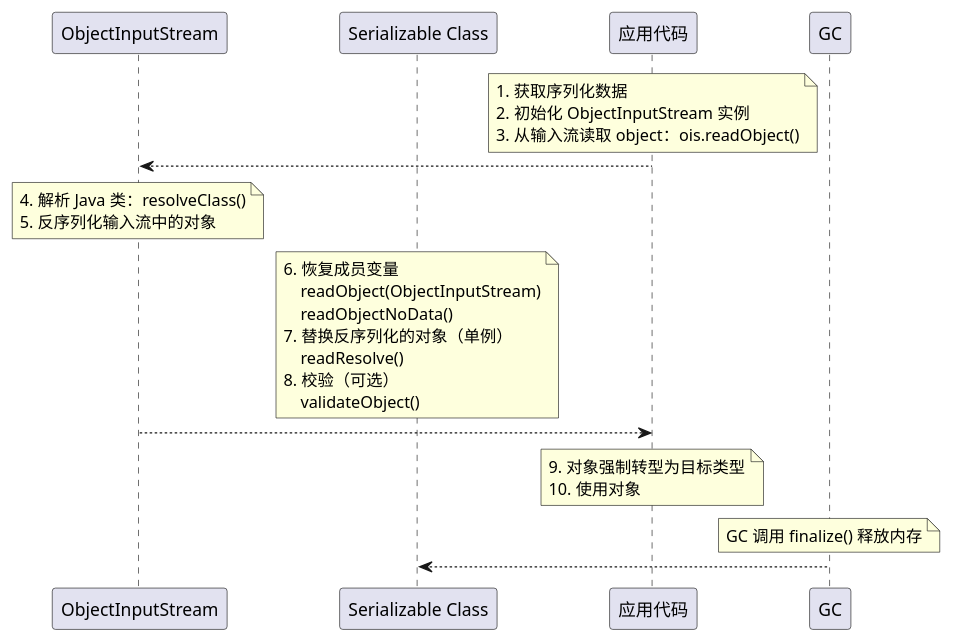
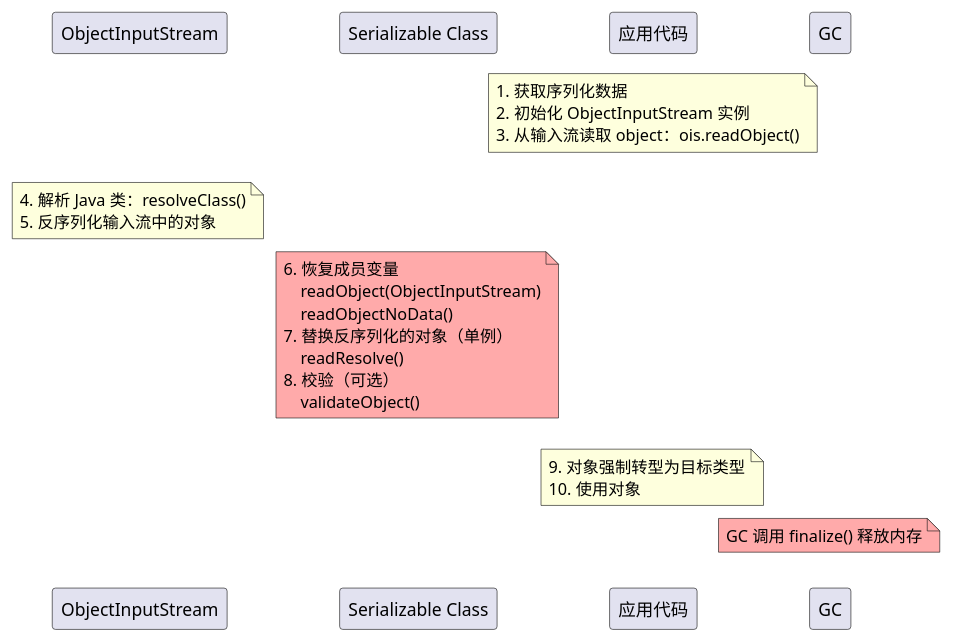
Before and after one commit to zrquan/slides: the diagram in gadgetinspector-intro/index.org, drawn with PlantUML. The commit also changed other lines of this file and 3 other files, not shown here.

```diff
--- a/gadgetinspector-intro/index.org
+++ b/gadgetinspector-intro/index.org
@@ -21,45 +21,49 @@
 #+begin_src plantuml :file img/deserial.svg
 skinparam ParticipantPadding 40
 skinparam backgroundcolor transparent
+skinparam sequence {
+    ArrowColor white
+    LifeLineBorderColor white
+}
 
 participant ObjectInputStream
 participant "Serializable Class"
 participant 应用代码
 participant GC
 
 note over 应用代码
     1. 获取序列化数据
     2. 初始化 ObjectInputStream 实例
     3. 从输入流读取 object：ois.readObject()
 end note
 
 应用代码 --> ObjectInputStream
 
 note over ObjectInputStream
     4. 解析 Java 类：resolveClass()
     5. 反序列化输入流中的对象
 end note
 
-note over "Serializable Class"
+note over "Serializable Class" #FFAAAA
     6. 恢复成员变量
         readObject(ObjectInputStream)
         readObjectNoData()
     7. 替换反序列化的对象（单例）
         readResolve()
     8. 校验（可选）
         validateObject()
 end note
 
 ObjectInputStream --> 应用代码
 
 note over 应用代码
     9. 对象强制转型为目标类型
     10. 使用对象
 end note
 
-note over GC
+note over GC #FFAAAA
     GC 调用 finalize() 释放内存
 end note
 
 GC --> "Serializable Class"
 #+end_src
```
